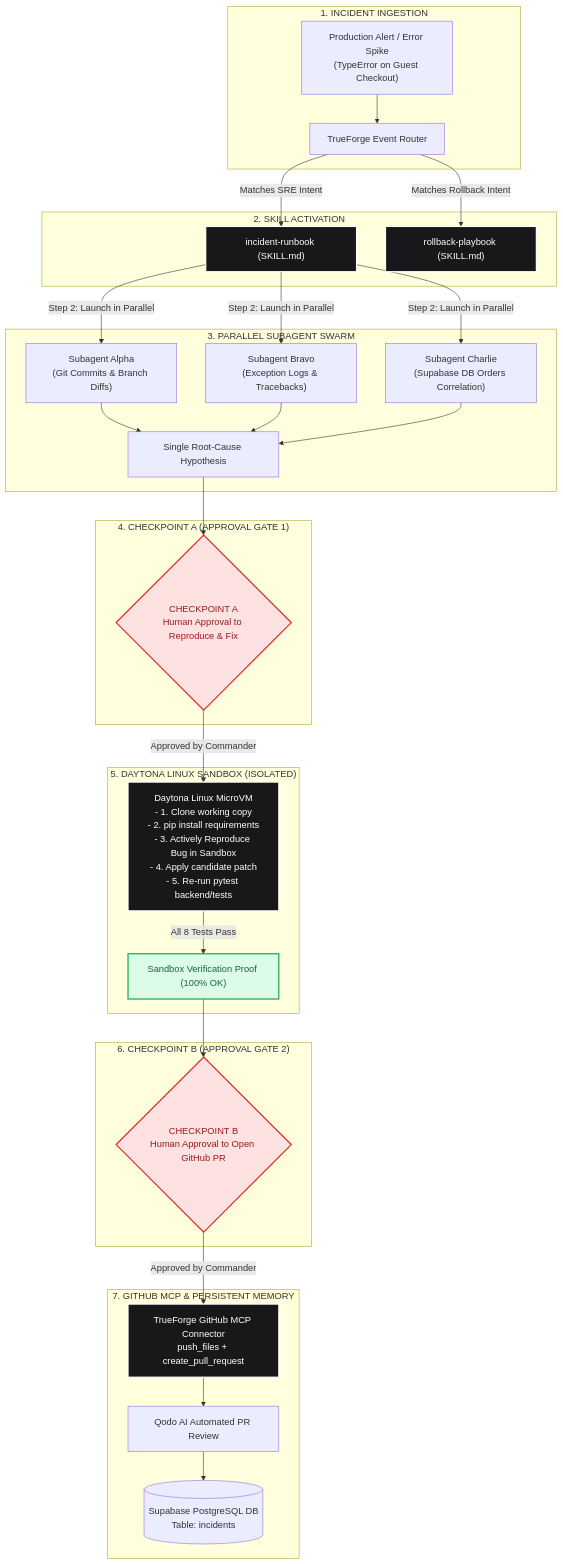
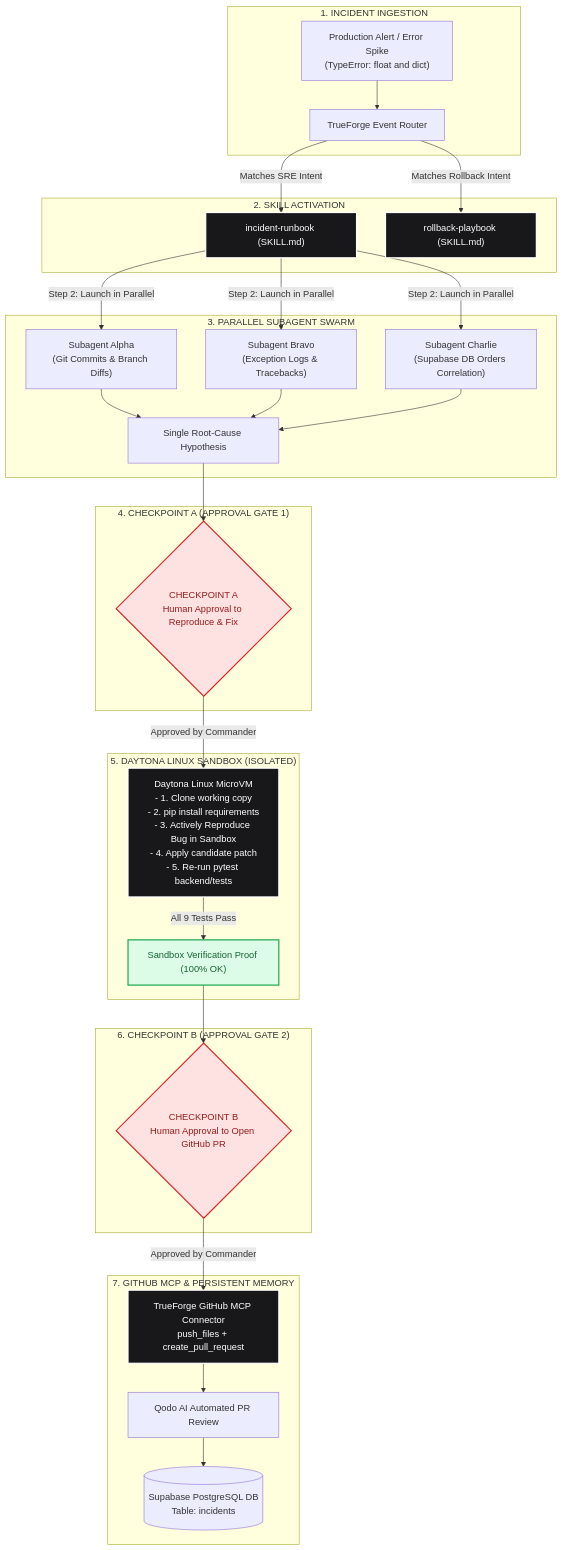
The diagram in README.md (Sourjya-Saha/sentinelops-skills), drawn with Mermaid before and after one commit. The commit also changed other lines of this file, not shown here.

````diff
--- a/README.md
+++ b/README.md
@@ -27,48 +27,48 @@
 ```mermaid
 flowchart TD
     subgraph TriggerLayer ["1. INCIDENT INGESTION"]
-        Alert["Production Alert / Error Spike<br/>(TypeError on Guest Checkout)"] --> Dispatcher["TrueForge Event Router"]
+        Alert["Production Alert / Error Spike<br/>(TypeError: float and dict)"] --> Dispatcher["TrueForge Event Router"]
     end
 
     subgraph SkillSelection ["2. SKILL ACTIVATION"]
         Dispatcher -->|Matches SRE Intent| Runbook["incident-runbook (SKILL.md)"]
         Dispatcher -->|Matches Rollback Intent| Playbook["rollback-playbook (SKILL.md)"]
     end
 
     subgraph SwarmExecution ["3. PARALLEL SUBAGENT SWARM"]
         Runbook -->|Step 2: Launch in Parallel| SubAlpha["Subagent Alpha<br/>(Git Commits & Branch Diffs)"]
         Runbook -->|Step 2: Launch in Parallel| SubBravo["Subagent Bravo<br/>(Exception Logs & Tracebacks)"]
         Runbook -->|Step 2: Launch in Parallel| SubCharlie["Subagent Charlie<br/>(Supabase DB Orders Correlation)"]
         
         SubAlpha --> Hypothesis["Single Root-Cause Hypothesis"]
         SubBravo --> Hypothesis
         SubCharlie --> Hypothesis
     end
 
     subgraph Gate1 ["4. CHECKPOINT A (APPROVAL GATE 1)"]
         Hypothesis --> CheckpointA{"CHECKPOINT A<br/>Human Approval to Reproduce & Fix"}
     end
 
     subgraph DaytonaIsolation ["5. DAYTONA LINUX SANDBOX (ISOLATED)"]
         CheckpointA -->|Approved by Commander| Daytona["Daytona Linux MicroVM<br/>- 1. Clone working copy<br/>- 2. pip install requirements<br/>- 3. Actively Reproduce Bug in Sandbox<br/>- 4. Apply candidate patch<br/>- 5. Re-run pytest backend/tests"]
-        Daytona -->|All 8 Tests Pass| Proof["Sandbox Verification Proof (100% OK)"]
+        Daytona -->|All 9 Tests Pass| Proof["Sandbox Verification Proof (100% OK)"]
     end
 
     subgraph Gate2 ["6. CHECKPOINT B (APPROVAL GATE 2)"]
         Proof --> CheckpointB{"CHECKPOINT B<br/>Human Approval to Open GitHub PR"}
     end
 
     subgraph GitHubAndQodo ["7. GITHUB MCP & PERSISTENT MEMORY"]
         CheckpointB -->|Approved by Commander| GitHubMCP["TrueForge GitHub MCP Connector<br/>push_files + create_pull_request"]
         GitHubMCP --> QodoReview["Qodo AI Automated PR Review"]
         QodoReview --> SupabaseMemory[("Supabase PostgreSQL DB<br/>Table: incidents")]
     end
 
     classDef redGate fill:#fee2e2,stroke:#dc2626,stroke-width:2px,color:#991b1b;
     classDef darkNode fill:#18181b,stroke:#ffffff,stroke-width:2px,color:#ffffff;
     classDef greenProof fill:#dcfce7,stroke:#16a34a,stroke-width:2px,color:#166534;
 
     class CheckpointA,CheckpointB redGate;
     class Runbook,Playbook,Daytona,GitHubMCP darkNode;
     class Proof greenProof;
 ```
````
